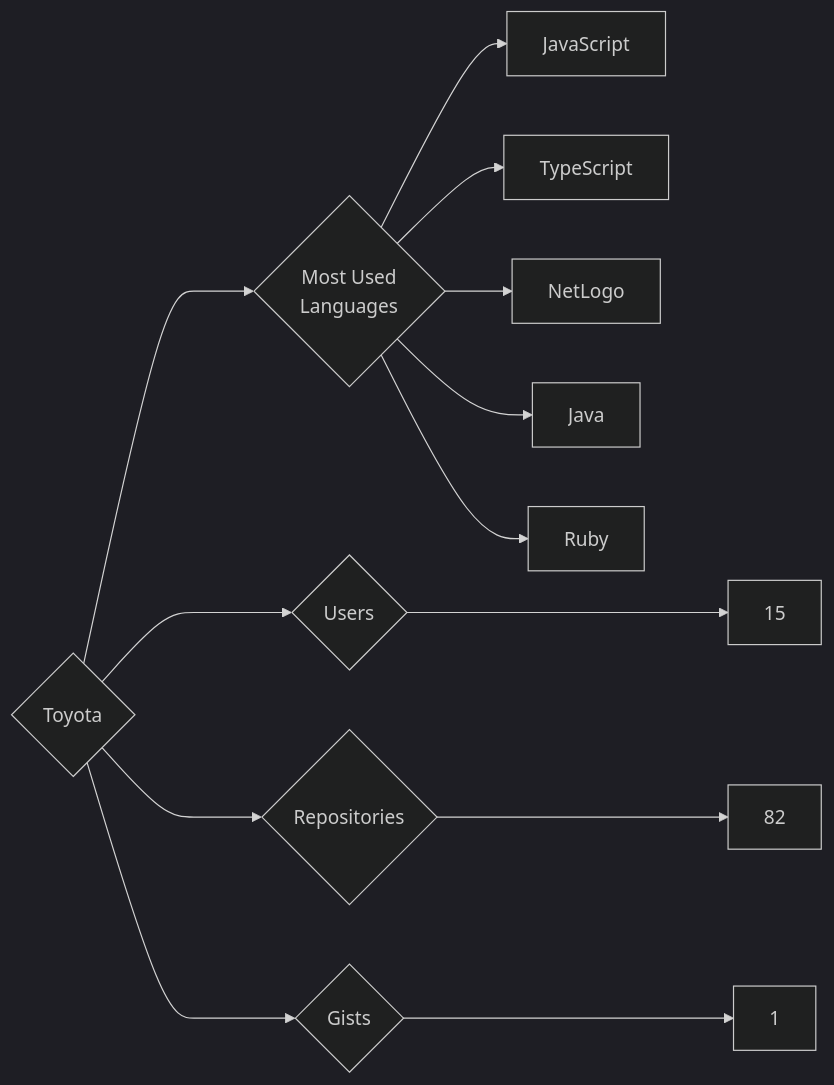
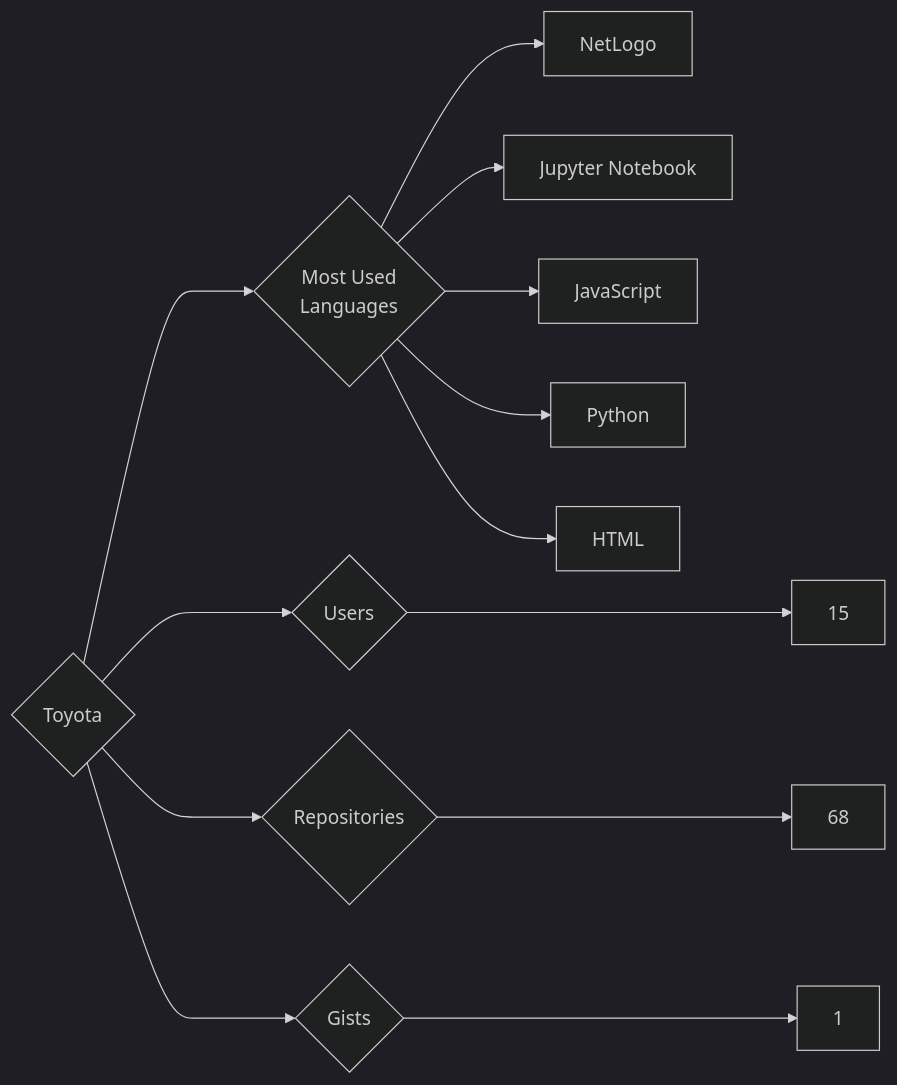
Before and after one commit to trickest/insiders: the diagram in targets/Toyota/README.md, drawn with Mermaid (dark theme). The commit also changed 895 other files, not shown here.

````diff
--- a/targets/Toyota/README.md
+++ b/targets/Toyota/README.md
@@ -3,13 +3,13 @@
 ```mermaid
 graph LR
 COMPANY_NAME{Toyota}
 COMPANY_NAME ---> U{Users} ---> UN[15]
-COMPANY_NAME ---> R{Repositories} ---> RN[82]
+COMPANY_NAME ---> R{Repositories} ---> RN[68]
 COMPANY_NAME ---> G{Gists} ---> GN[1]
 COMPANY_NAME ---> ML{Most Used<br>Languages}
+ML --> NetLogo[NetLogo]
+ML --> Jupyter_Notebook[Jupyter Notebook]
 ML --> JavaScript[JavaScript]
-ML --> TypeScript[TypeScript]
-ML --> NetLogo[NetLogo]
-ML --> Java[Java]
-ML --> Ruby[Ruby]
+ML --> Python[Python]
+ML --> HTML[HTML]
 ```
````
